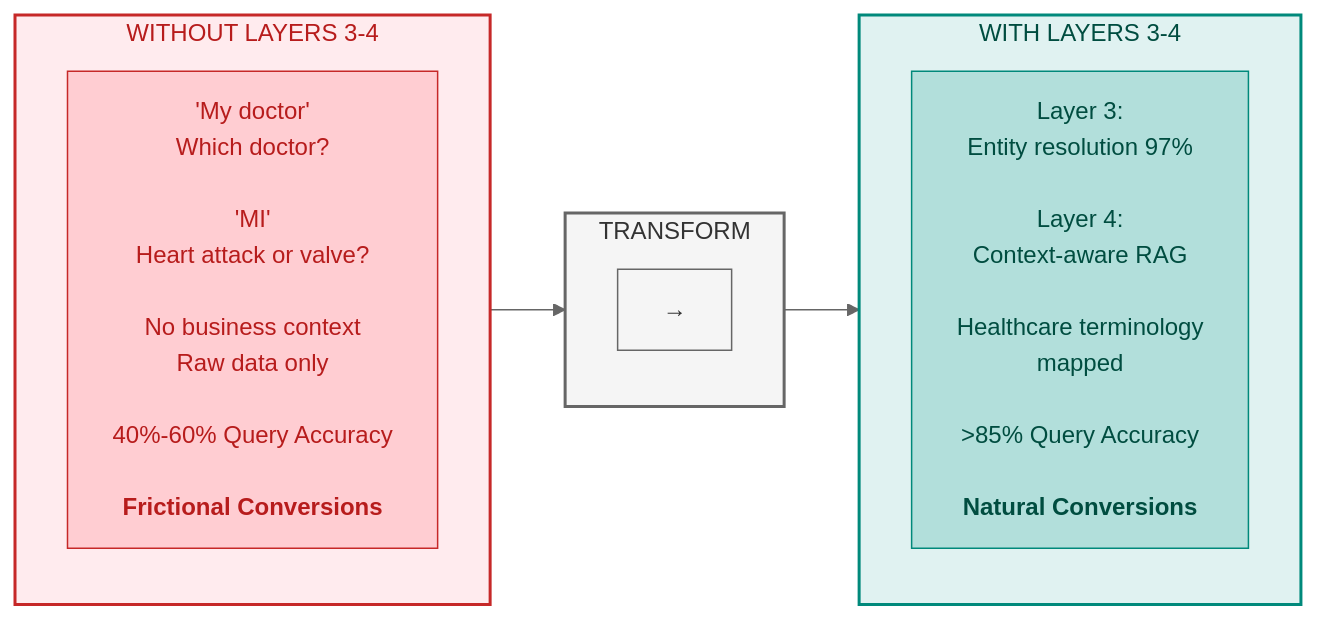
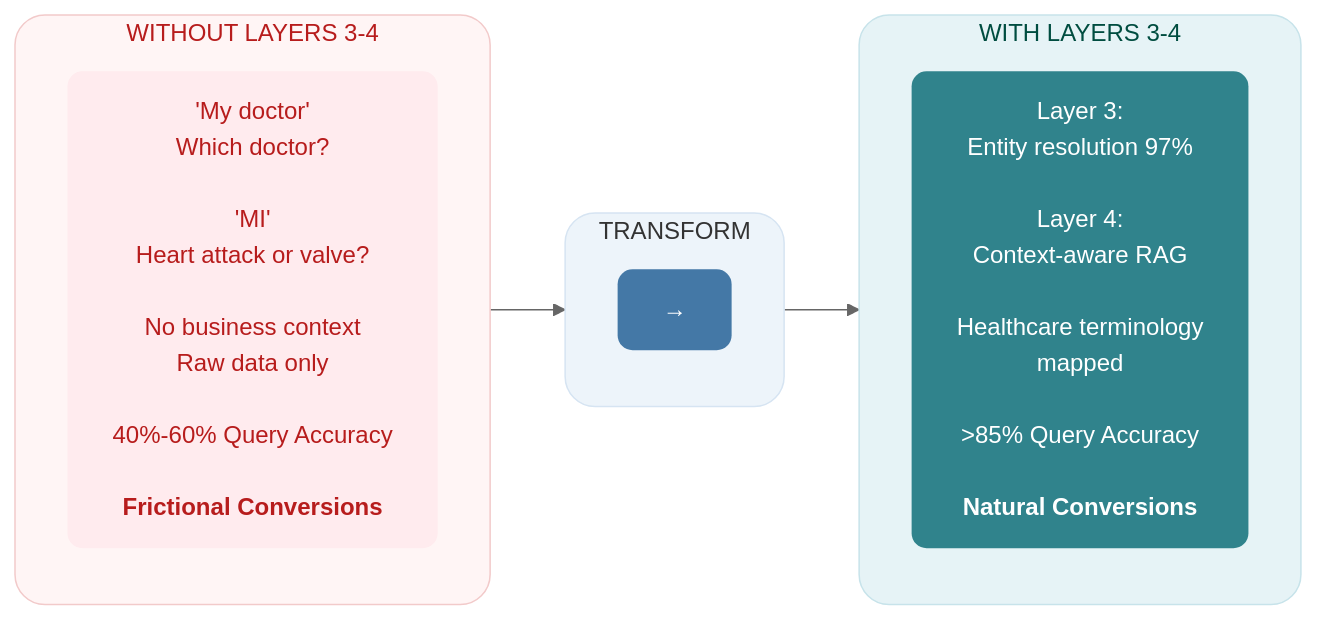
The first of 13 diagrams in manuscript/06_chapter_5_intelligence_layers.md (saitejesh-cyber/trust-before-intelligence-book), drawn with Mermaid (neutral theme) before and after one commit. The commit also changed other lines of this file and 7 other files, not shown here.

Commit message:
Chapter 6to13: Updated mermaid diagrams based on new colaberry color code

````diff
--- a/manuscript/06_chapter_5_intelligence_layers.md
+++ b/manuscript/06_chapter_5_intelligence_layers.md
@@ -36,30 +36,30 @@
 ```mermaid
 
 graph LR
     subgraph WITHOUT["WITHOUT LAYERS 3-4"]
         direction TB
         W1["'My doctor'<br/>Which doctor?<br/><br/>'MI'<br/>Heart attack or valve?<br/><br/>No business context<br/>Raw data only<br/><br/>40%-60% Query Accuracy<br/><br/><b>Frictional Conversions</b>"]
     end
     
     subgraph TRANSFORM["TRANSFORM"]
         direction TB
         T1["→"]
     end
     
     subgraph WITH["WITH LAYERS 3-4"]
         direction TB
         L1["Layer 3:<br/>Entity resolution 97%<br/><br/>Layer 4:<br/>Context-aware RAG<br/><br/>Healthcare terminology<br/>mapped<br/><br/>>85% Query Accuracy<br/><br/><b>Natural Conversions</b>"]
     end
     
     WITHOUT --> TRANSFORM --> WITH
     
-    style WITHOUT fill:#ffebee,stroke:#c62828,stroke-width:2px,color:#b71c1c
-    style TRANSFORM fill:#f5f5f5,stroke:#666666,stroke-width:2px,color:#333333
-    style WITH fill:#e0f2f1,stroke:#00897b,stroke-width:2px,color:#004d40
-    style W1 fill:#ffcdd2,stroke:#c62828,color:#b71c1c
-    style T1 fill:#f5f5f5,stroke:#666666,color:#333333
-    style L1 fill:#b2dfdb,stroke:#00897b,color:#004d40
+    style WITHOUT fill:#fff5f5,stroke:#f2caca,stroke-width:1px,color:#b71c1c,rx:20,ry:20
+    style TRANSFORM fill:#edf4fa,stroke:#d6e4f2,stroke-width:1px,color:#333333,rx:20,ry:20
+    style WITH fill:#e6f3f6,stroke:#c7e3ea,stroke-width:1px,color:#004d40,rx:20,ry:20
+    style W1 fill:#ffebee,stroke:none,color:#b71c1c,rx:10,ry:10
+    style T1 fill:#4478A6,stroke:none,color:#ffffff,rx:10,ry:10
+    style L1 fill:#30838C,stroke:none,color:#ffffff,rx:10,ry:10
     
     %% © 2025 Colaberry Inc. All rights reserved.
 
 ```
````
